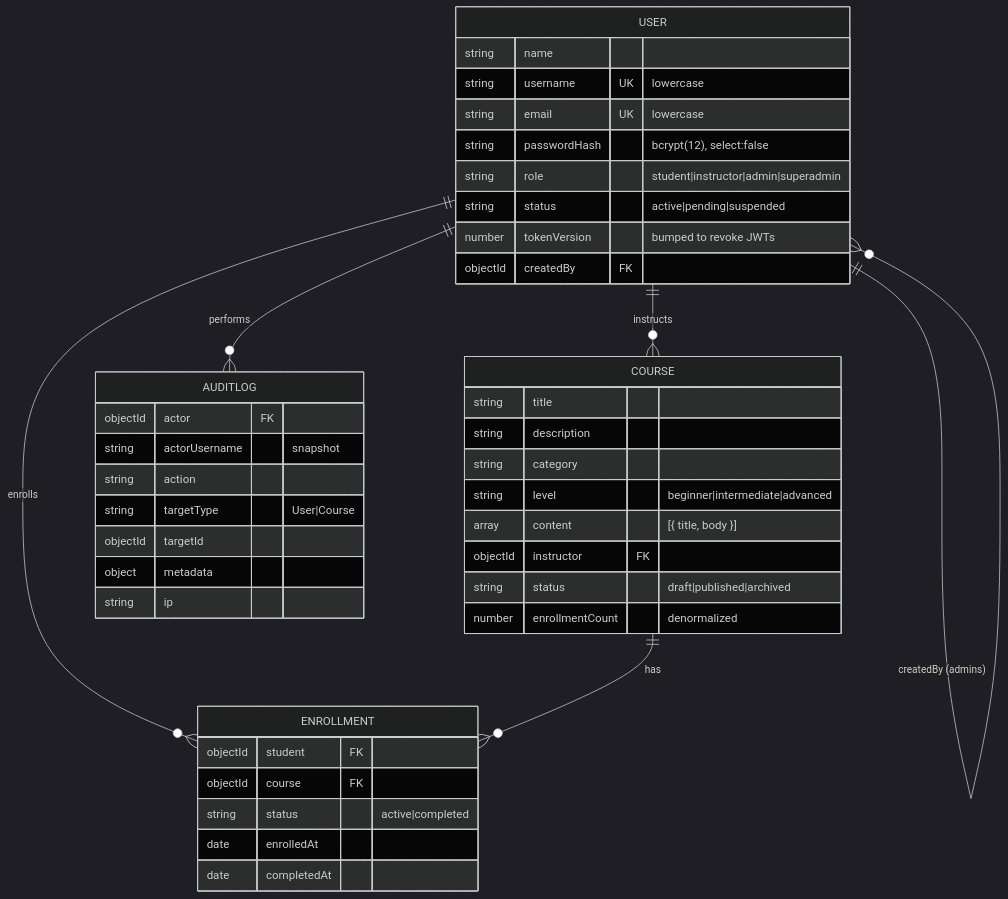
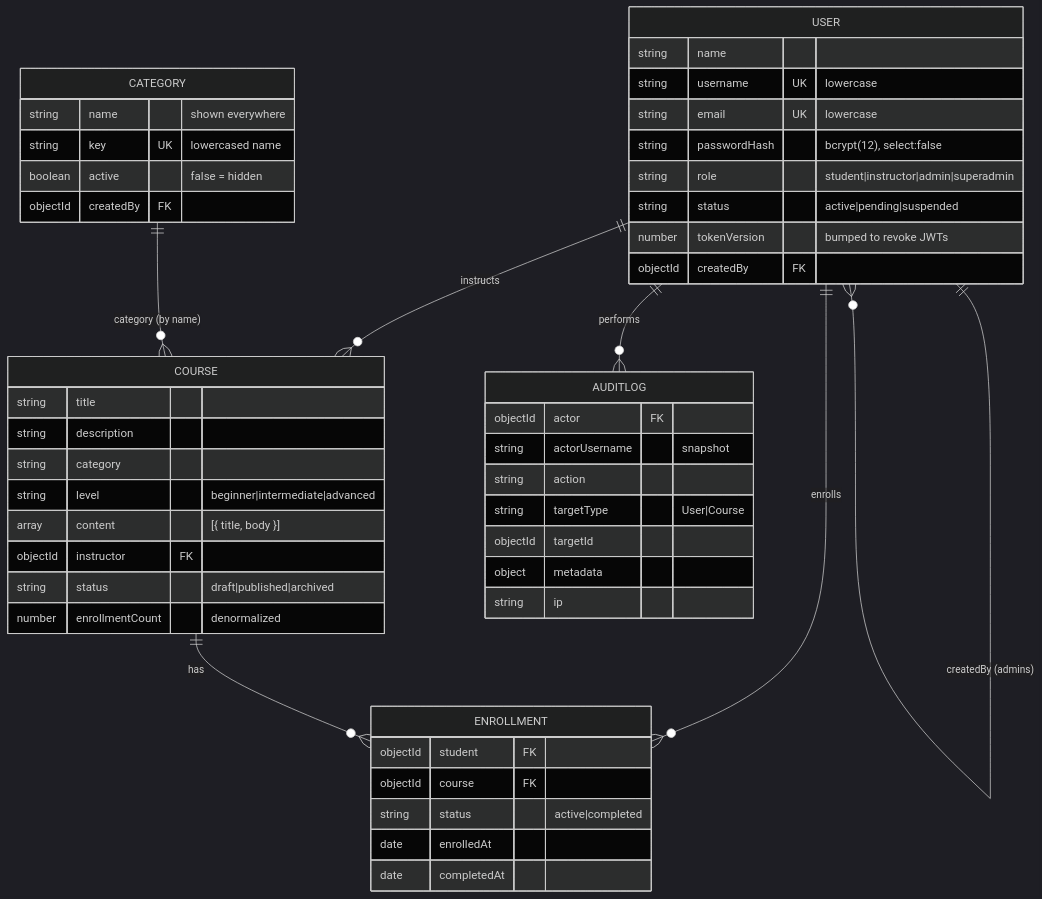
The diagram in docs/DATABASE.md (gishanchamith/GPT_LMS), drawn with Mermaid (dark theme) before and after one commit. The commit also changed other lines of this file and 34 other files, not shown here.

````diff
--- a/docs/DATABASE.md
+++ b/docs/DATABASE.md
@@ -3,45 +3,52 @@
 ```mermaid
 erDiagram
     USER ||--o{ COURSE : "instructs"
     USER ||--o{ ENROLLMENT : "enrolls"
     COURSE ||--o{ ENROLLMENT : "has"
     USER ||--o{ AUDITLOG : "performs"
     USER ||--o{ USER : "createdBy (admins)"
+    CATEGORY ||--o{ COURSE : "category (by name)"
 
+    CATEGORY {
+        string name "shown everywhere"
+        string key UK "lowercased name"
+        boolean active "false = hidden"
+        objectId createdBy FK
+    }
     USER {
         string name
         string username UK "lowercase"
         string email UK "lowercase"
         string passwordHash "bcrypt(12), select:false"
         string role "student|instructor|admin|superadmin"
         string status "active|pending|suspended"
         number tokenVersion "bumped to revoke JWTs"
         objectId createdBy FK
     }
     COURSE {
         string title
         string description
         string category
         string level "beginner|intermediate|advanced"
         array content "[{ title, body }]"
         objectId instructor FK
         string status "draft|published|archived"
         number enrollmentCount "denormalized"
     }
     ENROLLMENT {
         objectId student FK
         objectId course FK
         string status "active|completed"
         date enrolledAt
         date completedAt
     }
     AUDITLOG {
         objectId actor FK
         string actorUsername "snapshot"
         string action
         string targetType "User|Course"
         objectId targetId
         object metadata
         string ip
     }
 ```
````
